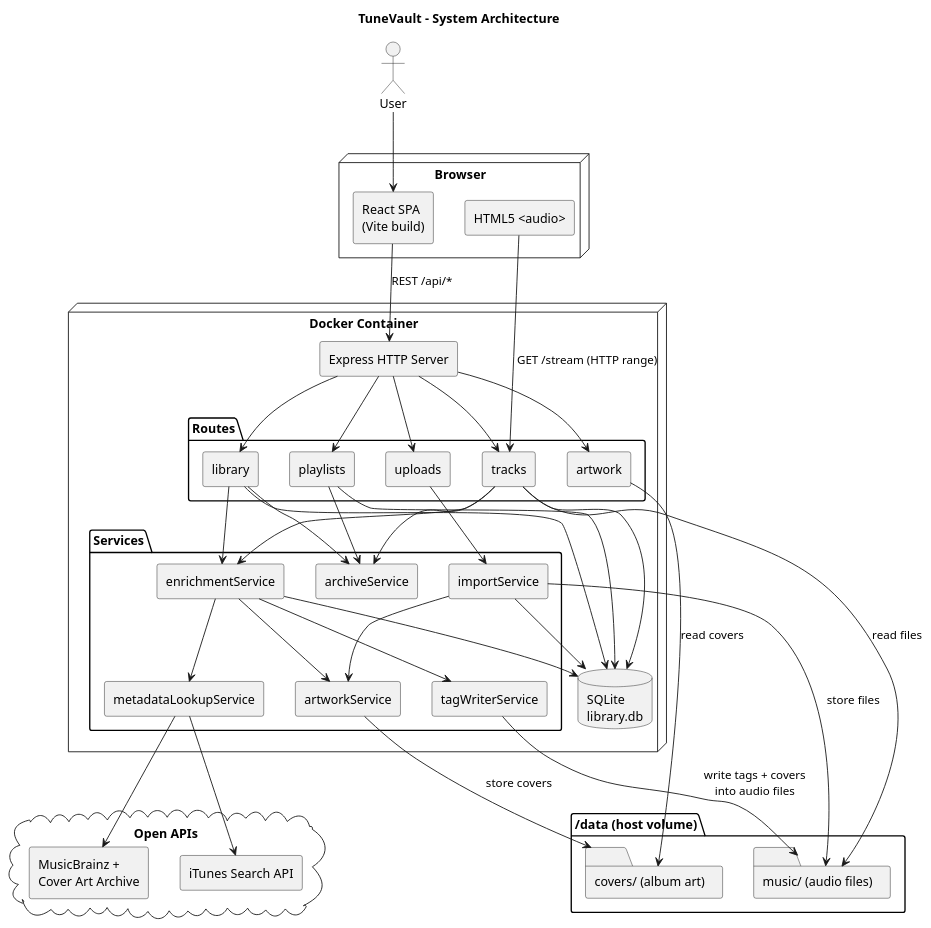
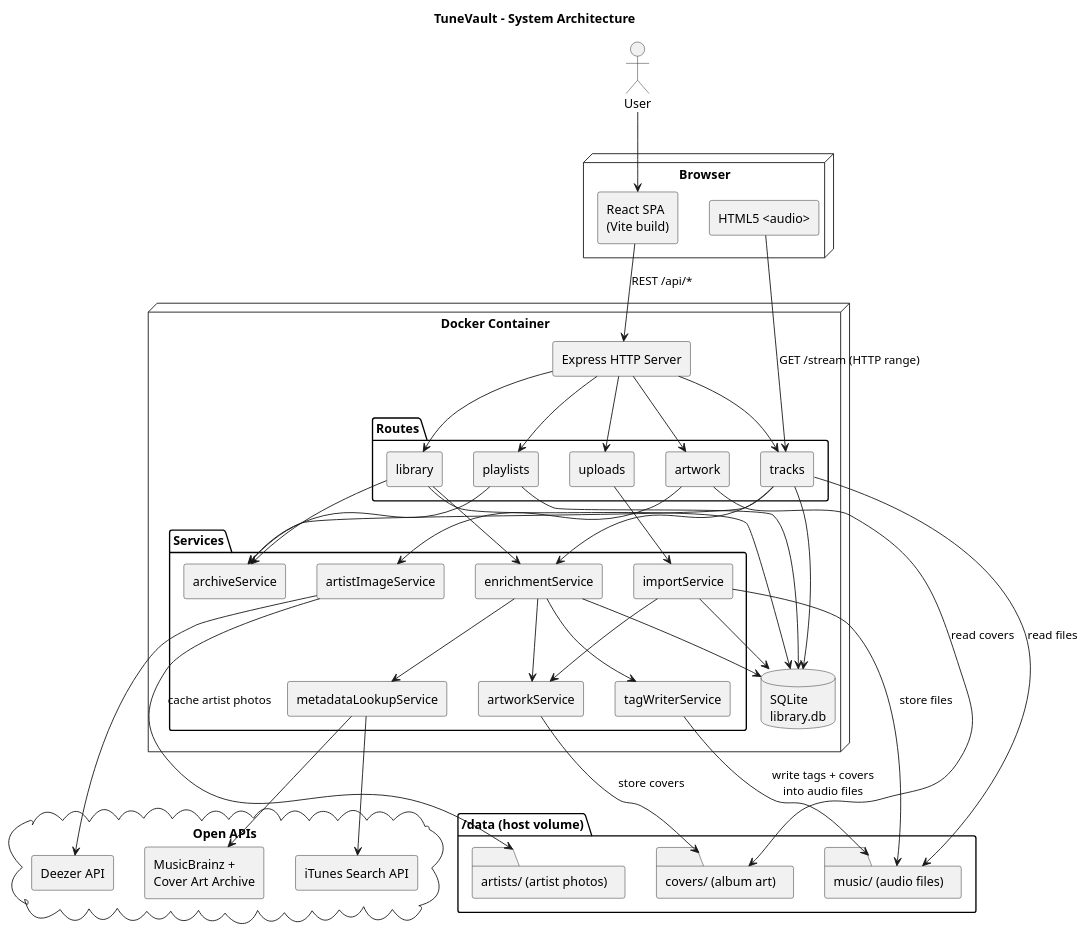
Before and after one commit to sandschm/TuneVault: the diagram in docs/diagrams/architecture.puml, drawn with PlantUML. The commit also changed 17 other files, not shown here.

First line of the commit message:
Add metadata overwrite (song/album) and Deezer artist photos

```diff
--- a/docs/diagrams/architecture.puml
+++ b/docs/diagrams/architecture.puml
@@ -1,77 +1,83 @@
 @startuml architecture
 title TuneVault - System Architecture
 
 skinparam componentStyle rectangle
 
 actor "User" as user
 
 node "Browser" {
   [React SPA\n(Vite build)] as spa
   [HTML5 <audio>] as audio
 }
 
 node "Docker Container" {
   [Express HTTP Server] as express
   package "Routes" {
     [tracks] as rTracks
     [library] as rLibrary
     [playlists] as rPlaylists
     [uploads] as rUploads
     [artwork] as rArtwork
   }
   package "Services" {
     [importService] as sImport
     [archiveService] as sArchive
     [metadataLookupService] as sLookup
     [artworkService] as sArtwork
+    [artistImageService] as sArtistImg
     [enrichmentService] as sEnrich
     [tagWriterService] as sTagWriter
   }
   database "SQLite\nlibrary.db" as db
 }
 
 folder "/data (host volume)" {
   folder "music/ (audio files)" as musicFs
   folder "covers/ (album art)" as coversFs
+  folder "artists/ (artist photos)" as artistsFs
 }
 
 cloud "Open APIs" {
   [iTunes Search API] as itunes
   [MusicBrainz +\nCover Art Archive] as mb
+  [Deezer API] as deezer
 }
 
 user --> spa
 spa --> express : REST /api/*
 audio --> rTracks : GET /stream (HTTP range)
 
 express --> rTracks
 express --> rLibrary
 express --> rPlaylists
 express --> rUploads
 express --> rArtwork
 
 rUploads --> sImport
 rTracks --> sArchive
 rTracks --> sEnrich
 rLibrary --> sArchive
 rLibrary --> sEnrich
 rPlaylists --> sArchive
 sImport --> sArtwork
 sEnrich --> sLookup
 sEnrich --> sArtwork
 sEnrich --> sTagWriter
 sLookup --> itunes
 sLookup --> mb
+rArtwork --> sArtistImg
+sArtistImg --> deezer
+sArtistImg --> artistsFs : cache artist photos
 
 sImport --> musicFs : store files
 sArtwork --> coversFs : store covers
 sTagWriter --> musicFs : write tags + covers\ninto audio files
 rTracks --> musicFs : read files
 rArtwork --> coversFs : read covers
 
 rTracks --> db
 rLibrary --> db
 rPlaylists --> db
 sImport --> db
 sEnrich --> db
 @enduml
```
